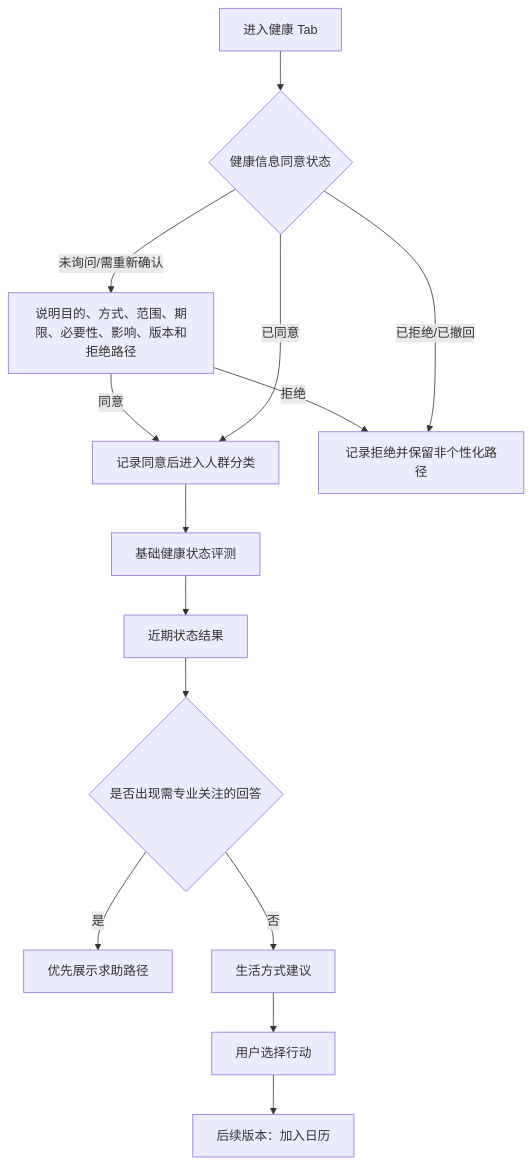
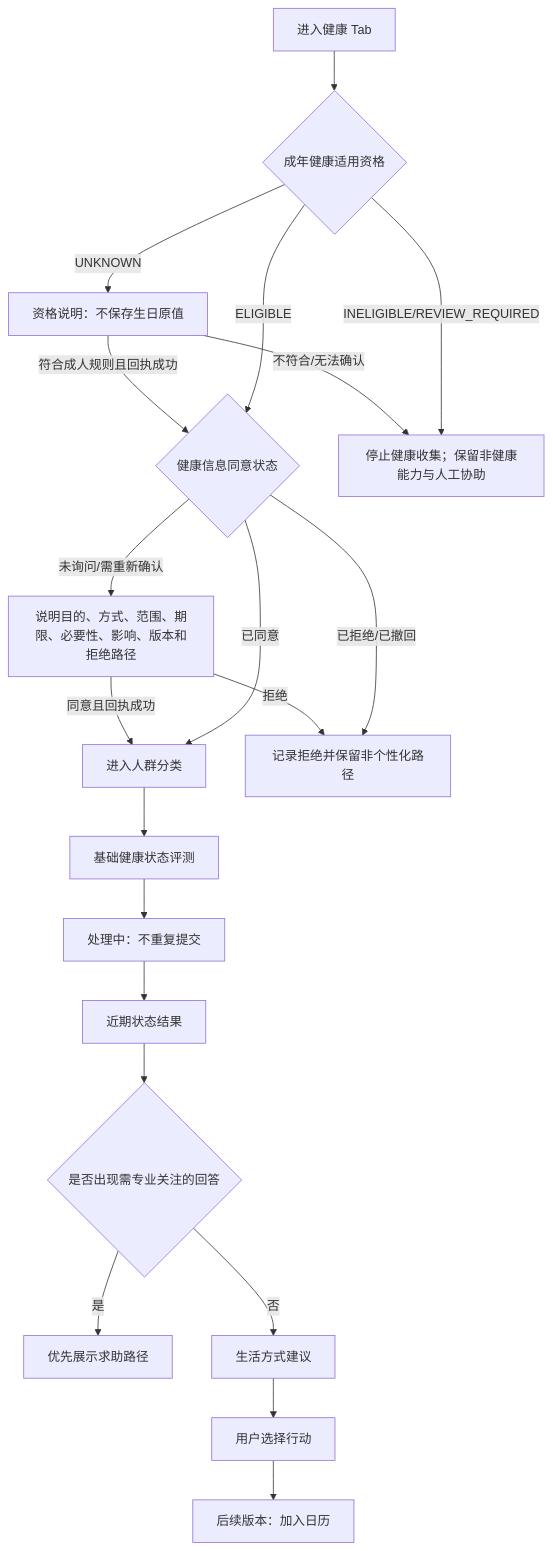
Before and after one commit to rijay/root: the second of 4 diagrams in docs/design.md, drawn with Mermaid. The commit also changed other lines of this file and 562 other files, not shown here.

````diff
--- a/docs/design.md
+++ b/docs/design.md
@@ -297,16 +289,22 @@
 ```mermaid
 flowchart TD
-  A["进入健康 Tab"] --> B{"健康信息同意状态"}
-  B -->|未询问/需重新确认| C["说明目的、方式、范围、期限、必要性、影响、版本和拒绝路径"]
-  C -->|同意| D["记录同意后进入人群分类"]
-  C -->|拒绝| E["记录拒绝并保留非个性化路径"]
-  B -->|已同意| D
-  B -->|已拒绝/已撤回| E
-  D --> F["基础健康状态评测"]
-  F --> G["近期状态结果"]
-  G --> H{"是否出现需专业关注的回答"}
-  H -->|是| I["优先展示求助路径"]
-  H -->|否| J["生活方式建议"]
-  J --> K["用户选择行动"]
-  K --> L["后续版本：加入日历"]
+  A["进入健康 Tab"] --> B{"成年健康适用资格"}
+  B -->|UNKNOWN| C["资格说明：不保存生日原值"]
+  C -->|符合成人规则且回执成功| D{"健康信息同意状态"}
+  C -->|不符合/无法确认| E["停止健康收集；保留非健康能力与人工协助"]
+  B -->|ELIGIBLE| D
+  B -->|INELIGIBLE/REVIEW_REQUIRED| E
+  D -->|未询问/需重新确认| F["说明目的、方式、范围、期限、必要性、影响、版本和拒绝路径"]
+  F -->|同意且回执成功| G["进入人群分类"]
+  F -->|拒绝| H["记录拒绝并保留非个性化路径"]
+  D -->|已同意| G
+  D -->|已拒绝/已撤回| H
+  G --> I["基础健康状态评测"]
+  I --> J["处理中：不重复提交"]
+  J --> K["近期状态结果"]
+  K --> L{"是否出现需专业关注的回答"}
+  L -->|是| M["优先展示求助路径"]
+  L -->|否| N["生活方式建议"]
+  N --> O["用户选择行动"]
+  O --> P["后续版本：加入日历"]
 ```
````
